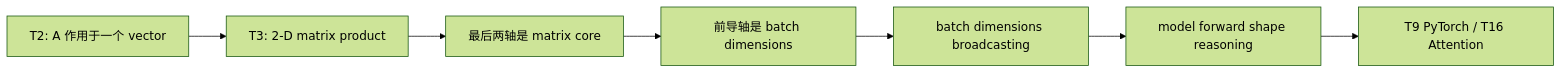
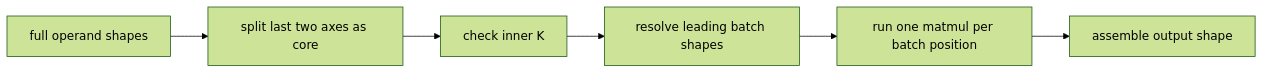
Before and after one commit to FxorG00/system-learning-notes: the diagram in ai_theory/T3/T3.md, drawn with Mermaid (forest theme). The commit also changed other lines of this file and 2 other files, not shown here.

Commit message:
Refine AI theory T2 and T3 learning flow

````diff
--- a/ai_theory/T3/T3.md
+++ b/ai_theory/T3/T3.md
@@ -55,9 +340,8 @@
 ```mermaid
 flowchart LR
-    A[T2: A 作用于一个 vector] --> B[T3: 2-D matrix product]
-    B --> C[最后两轴是 matrix core]
-    C --> D[前导轴是 batch dimensions]
-    D --> E[batch dimensions broadcasting]
-    E --> F[model forward shape reasoning]
-    F --> G[T9 PyTorch / T16 Attention]
+    L[full operand shapes] --> C[split last two axes as core]
+    C --> K[check inner K]
+    K --> B[resolve leading batch shapes]
+    B --> M[run one matmul per batch position]
+    M --> O[assemble output shape]
 ```
````
